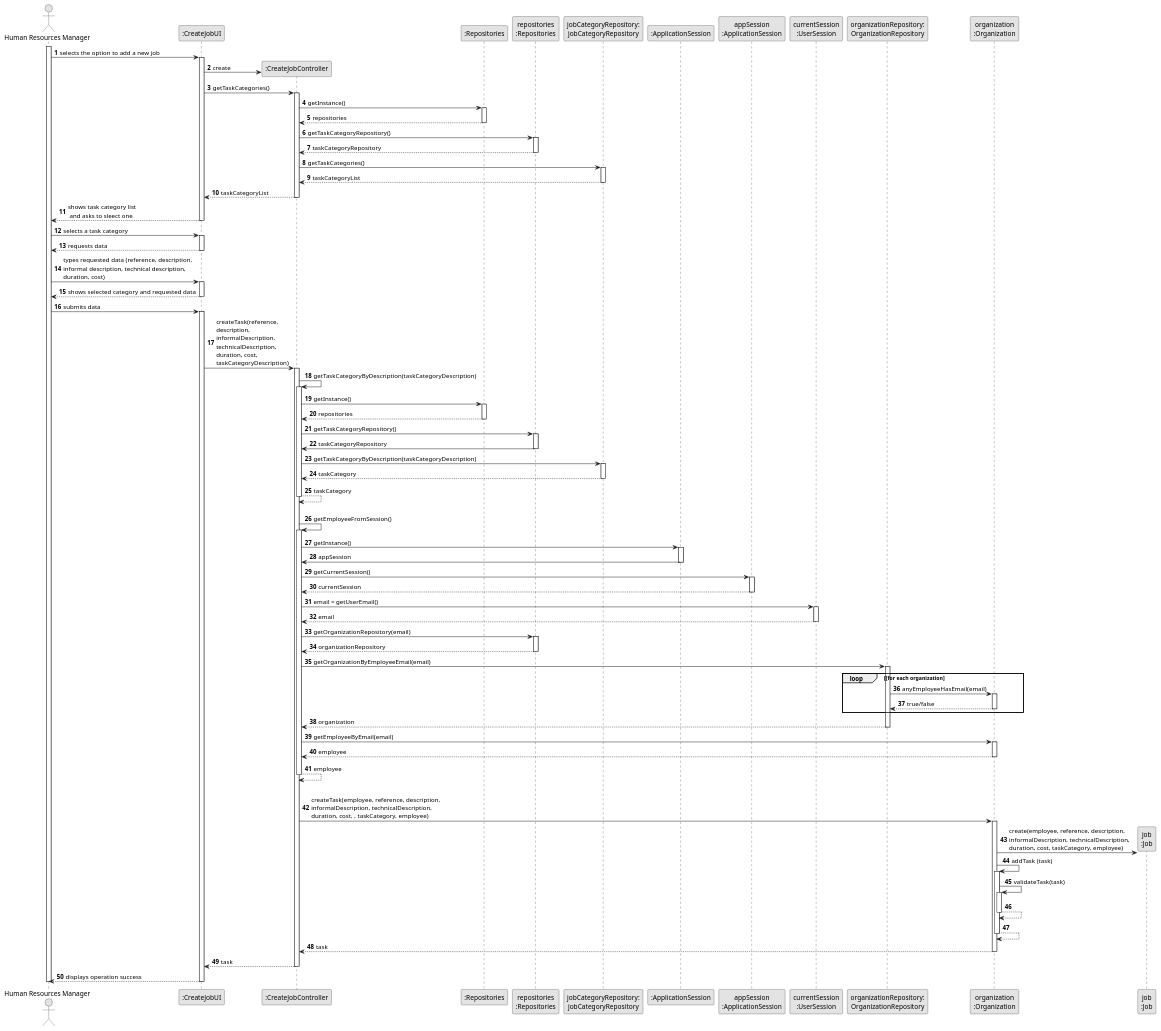
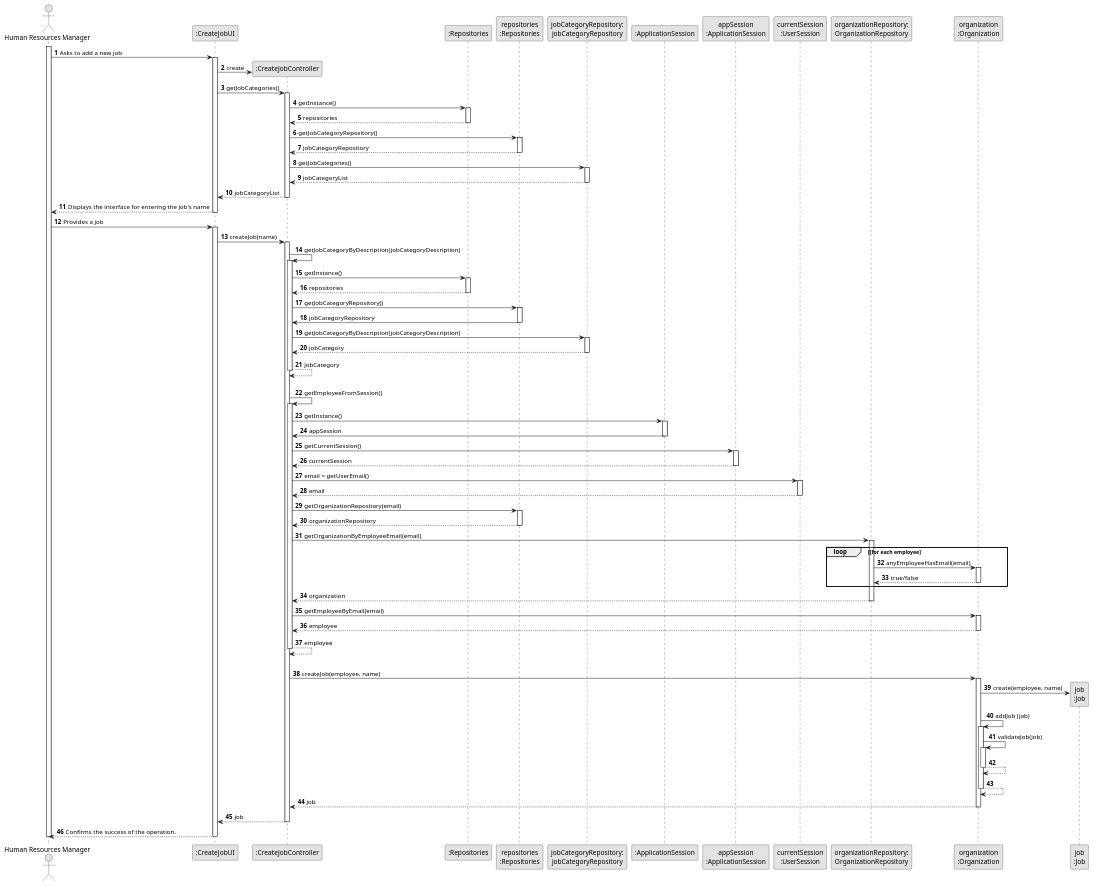
One commit to SAEmanuel/Green_Spaces_Management_ISEP changed the diagram in docs/sprintB/us002/03.design/puml/us002-sequence-diagram-full.puml. Above: the diagram before and after it, drawn with PlantUML.

Commit message:
US2 - design full diagram: v1

```diff
--- a/docs/sprintB/us002/03.design/puml/us002-sequence-diagram-full.puml
+++ b/docs/sprintB/us002/03.design/puml/us002-sequence-diagram-full.puml
@@ -1,180 +1,169 @@
 @startuml
 skinparam monochrome true
 skinparam packageStyle rectangle
 skinparam shadowing false
 
 autonumber
 
 'hide footbox
 actor "Human Resources Manager" as HRM
 participant ":CreateJobUI" as UI
 participant ":CreateJobController" as CTRL
 participant ":Repositories" as RepositorySingleton
 participant "repositories\n:Repositories" as PLAT
 participant "jobCategoryRepository:\njobCategoryRepository" as jobRepository
 participant ":ApplicationSession" as _APP
 participant "appSession\n:ApplicationSession" as APP
 participant "currentSession\n:UserSession" as SESSAO
 participant "organizationRepository:\nOrganizationRepository" as OrganizationRepository
 participant "organization\n:Organization" as ORG
 participant "job\n:Job" as EMPREGO
 
 activate HRM
 
-        HRM -> UI : selects the option to add a new job
+        HRM -> UI : Asks to add a new job
 
         activate UI
 
 '            UI --> ADM : requests data (reference, description,  informal \n description, technical description, duration, cost)
             'create CTRL
             UI -> CTRL** : create
 
-            UI -> CTRL : getTaskCategories()
+            UI -> CTRL : getJobCategories()
             activate CTRL
 
                 CTRL -> RepositorySingleton : getInstance()
                 activate RepositorySingleton
 
                     RepositorySingleton --> CTRL: repositories
                 deactivate RepositorySingleton
 
-                CTRL -> PLAT : getTaskCategoryRepository()
+                CTRL -> PLAT : getJobCategoryRepository()
                 activate PLAT
 
-                    PLAT --> CTRL: taskCategoryRepository
+                    PLAT --> CTRL: jobCategoryRepository
                 deactivate PLAT
 
-                CTRL -> jobRepository : getTaskCategories()
+                CTRL -> jobRepository : getJobCategories()
                 activate jobRepository
 
-                    jobRepository --> CTRL : taskCategoryList
+                    jobRepository --> CTRL : jobCategoryList
                 deactivate jobRepository
 
-                CTRL --> UI : taskCategoryList
+                CTRL --> UI : jobCategoryList
             deactivate CTRL
 
-            UI --> HRM : shows task category list\n and asks to sleect one
+            UI --> HRM : Displays the interface for entering the job's name
         deactivate UI
 
-    HRM -> UI : selects a task category
+    HRM -> UI : Provides a job
     activate UI
 
-        UI --> HRM : requests data
-    deactivate UI
-
-    HRM -> UI : types requested data (reference, description, \ninformal description, technical description,\nduration, cost)
-    activate UI
-
-        UI --> HRM : shows selected category and requested data
-    deactivate UI
-
-    HRM -> UI : submits data
-    activate UI
-
-        UI -> CTRL : createTask(reference,\ndescription,\ninformalDescription,\ntechnicalDescription,\nduration, cost,\ntaskCategoryDescription)
+        UI -> CTRL : createJob(name)
         activate CTRL
 
-            CTRL -> CTRL : getTaskCategoryByDescription(taskCategoryDescription)
+            CTRL -> CTRL : getJobCategoryByDescription(jobCategoryDescription)
             activate CTRL
 
                 CTRL -> RepositorySingleton : getInstance()
                 activate RepositorySingleton
 
                     RepositorySingleton --> CTRL: repositories
                 deactivate RepositorySingleton
 
-                CTRL -> PLAT : getTaskCategoryRepository()
+                CTRL -> PLAT : getJobCategoryRepository()
                 activate PLAT
 
-                    PLAT -> CTRL : taskCategoryRepository
+                    PLAT -> CTRL : jobCategoryRepository
                 deactivate PLAT
 
-                CTRL -> jobRepository : getTaskCategoryByDescription(taskCategoryDescription)
+                CTRL -> jobRepository : getJobCategoryByDescription(jobCategoryDescription)
                 activate jobRepository
 
-                    jobRepository --> CTRL : taskCategory
+                    jobRepository --> CTRL : jobCategory
                 deactivate jobRepository
-                    CTRL --> CTRL : taskCategory
+                    CTRL --> CTRL : jobCategory
             deactivate CTRL
 
             |||
             CTRL -> CTRL : getEmployeeFromSession()
             activate CTRL
 
                 CTRL -> _APP: getInstance()
                 activate _APP
                     _APP -> CTRL: appSession
                 deactivate _APP
 
 
                 CTRL -> APP: getCurrentSession()
                 activate APP
 
                     APP --> CTRL: currentSession
                 deactivate APP
 
                 CTRL -> SESSAO: email = getUserEmail()
                 activate SESSAO
 
                     SESSAO --> CTRL: email
                 deactivate SESSAO
 
 
                 CTRL -> PLAT: getOrganizationRepository(email)
                 activate PLAT
 
                     PLAT --> CTRL: organizationRepository
                 deactivate PLAT
 
 
                 CTRL -> OrganizationRepository: getOrganizationByEmployeeEmail(email)
                 activate OrganizationRepository
 
-                    loop [for each organization
+                    loop [for each employee
                         OrganizationRepository -> ORG : anyEmployeeHasEmail(email)
                         activate ORG
 
                              ORG --> OrganizationRepository : true/false
                         deactivate ORG
                     end
                     OrganizationRepository --> CTRL : organization
                 deactivate OrganizationRepository
 
                 CTRL -> ORG: getEmployeeByEmail(email)
                 activate ORG
 
                     ORG --> CTRL : employee
                 deactivate ORG
 
                 CTRL --> CTRL : employee
             deactivate CTRL
 
             |||
-            CTRL -> ORG: createTask(employee, reference, description,\ninformalDescription, technicalDescription,\nduration, cost, , taskCategory, employee)
+            CTRL -> ORG: createJob(employee, name)
             activate ORG
 
-                ORG -> EMPREGO**: create(employee, reference, description,\ninformalDescription, technicalDescription,\nduration, cost, taskCategory, employee)
-                ORG -> ORG: addTask (task)
+                ORG -> EMPREGO**: create(employee, name)
+
+                ORG -> ORG: addJob (job)
 
 
                 activate ORG
-                    ORG -> ORG: validateTask(task)
+                    ORG -> ORG: validateJob(job)
                     activate ORG
                         ORG --> ORG
                     deactivate ORG
 
                     ORG --> ORG
                 deactivate ORG
 
-                ORG --> CTRL : task
+                ORG --> CTRL : job
 
             deactivate ORG
 
-            CTRL --> UI: task
+            CTRL --> UI: job
             deactivate CTRL
-            UI --> HRM: displays operation success
+            UI --> HRM: Confirms the success of the operation.
     deactivate UI
 
 deactivate HRM
 
 @enduml
```
